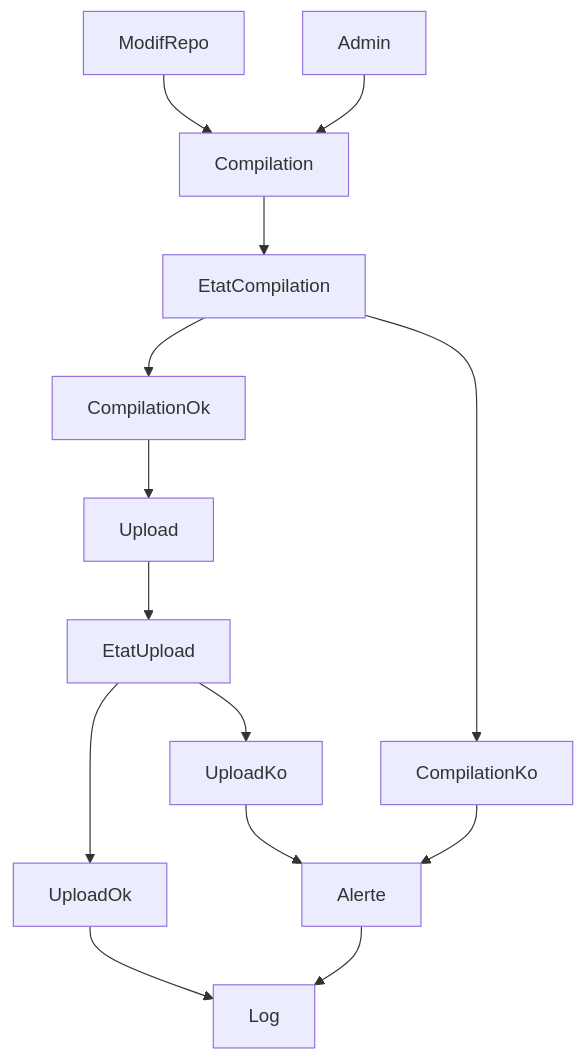
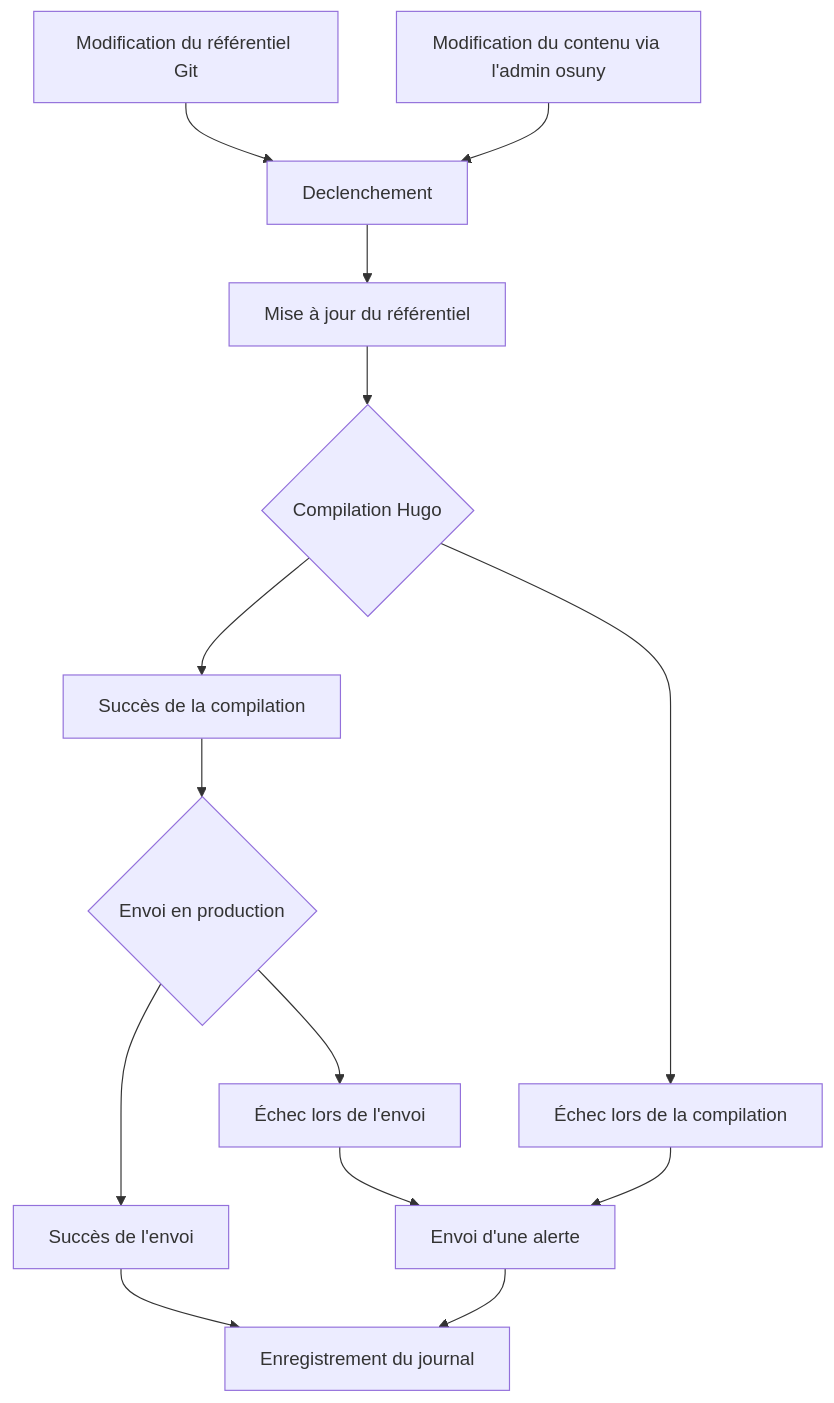
Before and after one commit to osunyorg/developers: the diagram in content/docs/admin/sites-web/publisher/_index.md, drawn with Mermaid.

````diff
--- a/content/docs/admin/sites-web/publisher/_index.md
+++ b/content/docs/admin/sites-web/publisher/_index.md
@@ -27,12 +27,23 @@
 ```mermaid
 graph TD;
-  ModifRepo-->Compilation
-  Admin-->Compilation
-  Compilation-->EtatCompilation
-  EtatCompilation-->CompilationOk-->Upload-->EtatUpload
-  EtatCompilation-->CompilationKo-->Alerte
-  EtatUpload-->UploadOk-->Log
-  EtatUpload-->UploadKo-->Alerte
+  ModifRepo-->Declenchement
+  Admin-->Declenchement
+  Declenchement-->GitPull-->Compilation
+  Compilation-->CompilationOk-->Upload
+  Compilation-->CompilationKo-->Alerte
+  Upload-->UploadOk-->Log
+  Upload-->UploadKo-->Alerte
   Alerte-->Log
 
+  ModifRepo["Modification du référentiel Git"]
+  Admin["Modification du contenu via l'admin osuny"]
+  GitPull["Mise à jour du référentiel"]
+  Compilation{"Compilation Hugo"}
+  CompilationOk["Succès de la compilation"]
+  CompilationKo["Échec lors de la compilation"]
+  Upload{"Envoi en production"}
+  UploadOk["Succès de l'envoi"]
+  UploadKo["Échec lors de l'envoi"]
+  Alerte["Envoi d'une alerte"]
+  Log["Enregistrement du journal"]
 ```
````
